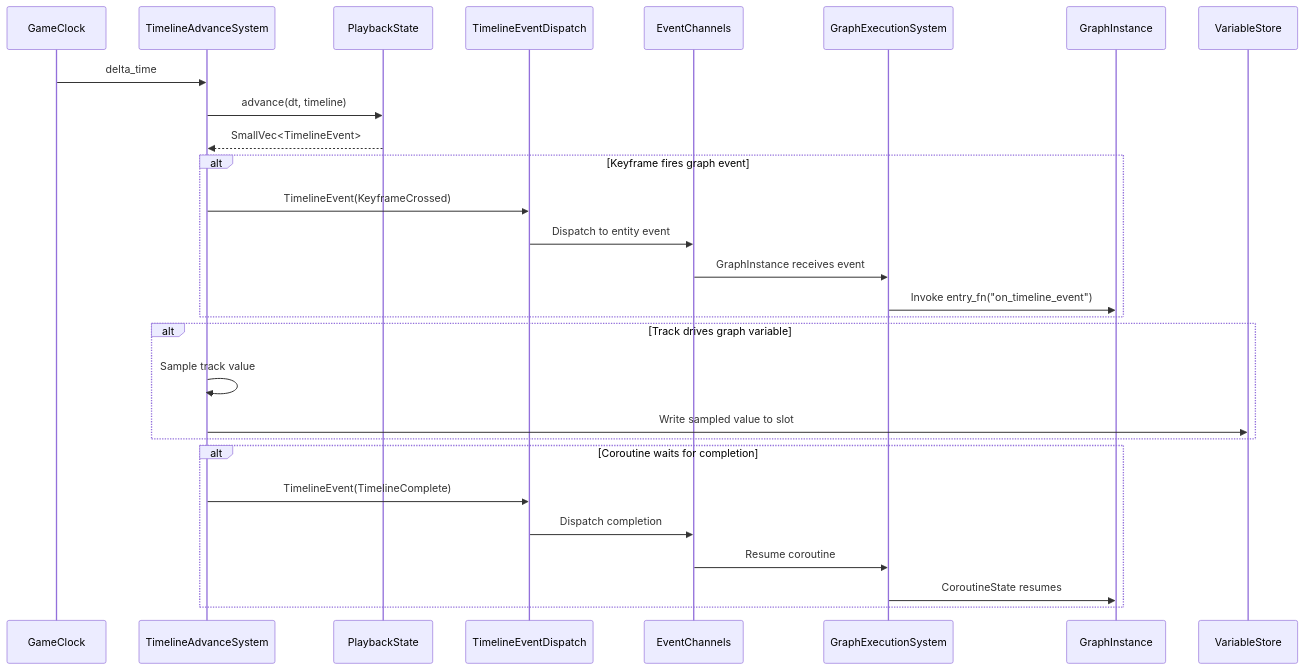
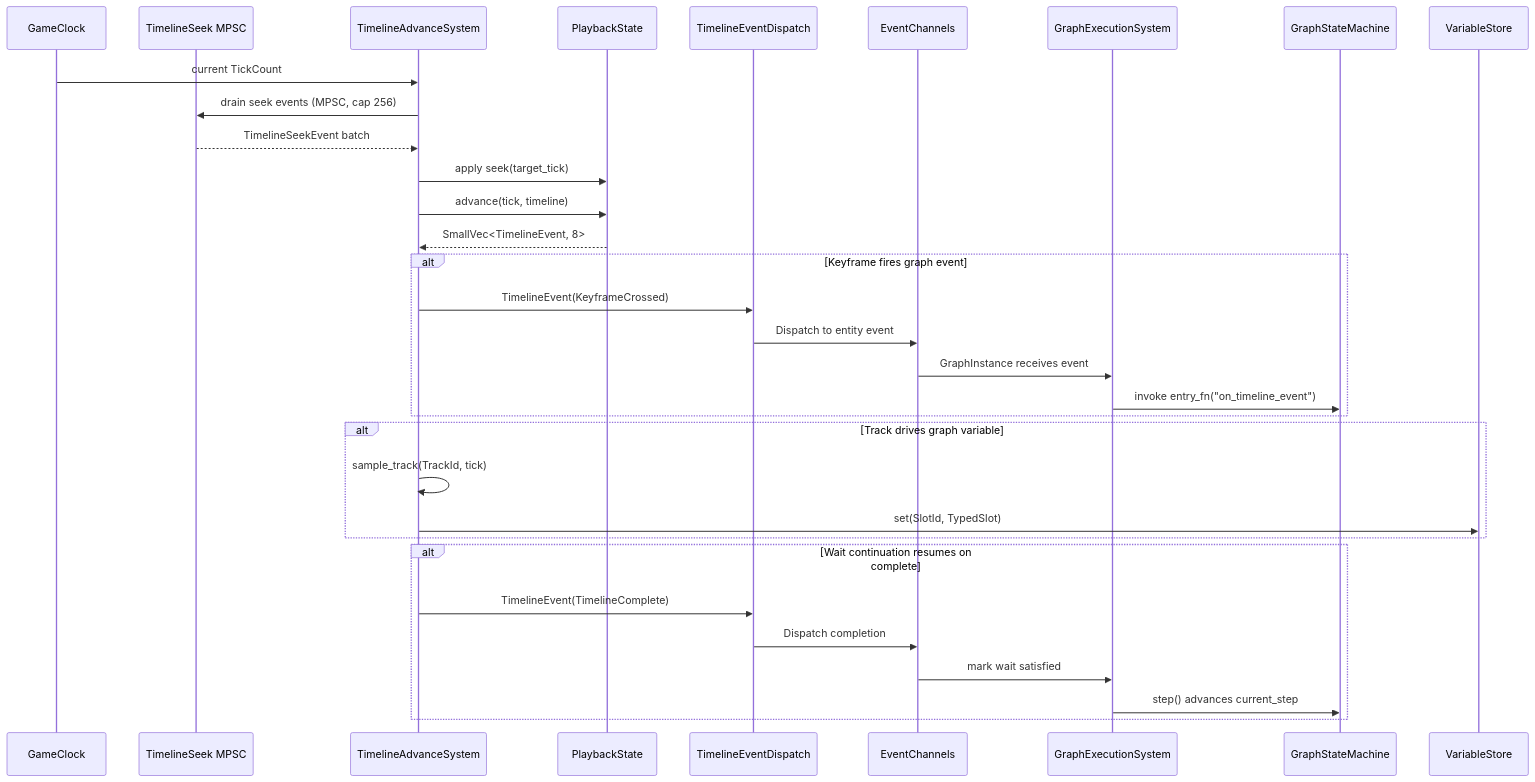
Before and after one commit to harmonius-dev/harmonius: the second of 3 diagrams in docs/design/integration/timelines-scripting.md, drawn with Mermaid. The commit also changed other lines of this file and 109 other files, not shown here.

````diff
--- a/docs/design/integration/timelines-scripting.md
+++ b/docs/design/integration/timelines-scripting.md
@@ -89,34 +340,38 @@
 ```mermaid
 sequenceDiagram
     participant CLK as GameClock
+    participant SEEK as TimelineSeek MPSC
     participant TAS as TimelineAdvanceSystem
     participant PBS as PlaybackState
     participant TED as TimelineEventDispatch
     participant EC as EventChannels
     participant GES as GraphExecutionSystem
-    participant GI as GraphInstance
+    participant GSM as GraphStateMachine
     participant VS as VariableStore
 
-    CLK->>TAS: delta_time
-    TAS->>PBS: advance(dt, timeline)
-    PBS-->>TAS: SmallVec<TimelineEvent>
+    CLK->>TAS: current TickCount
+    TAS->>SEEK: drain seek events (MPSC, cap 256)
+    SEEK-->>TAS: TimelineSeekEvent batch
+    TAS->>PBS: apply seek(target_tick)
+    TAS->>PBS: advance(tick, timeline)
+    PBS-->>TAS: SmallVec<TimelineEvent, 8>
 
     alt Keyframe fires graph event
         TAS->>TED: TimelineEvent(KeyframeCrossed)
         TED->>EC: Dispatch to entity event
         EC->>GES: GraphInstance receives event
-        GES->>GI: Invoke entry_fn("on_timeline_event")
+        GES->>GSM: invoke entry_fn("on_timeline_event")
     end
 
     alt Track drives graph variable
-        TAS->>TAS: Sample track value
-        TAS->>VS: Write sampled value to slot
+        TAS->>TAS: sample_track(TrackId, tick)
+        TAS->>VS: set(SlotId, TypedSlot)
     end
 
-    alt Coroutine waits for completion
+    alt Wait continuation resumes on complete
         TAS->>TED: TimelineEvent(TimelineComplete)
         TED->>EC: Dispatch completion
-        EC->>GES: Resume coroutine
-        GES->>GI: CoroutineState resumes
+        EC->>GES: mark wait satisfied
+        GES->>GSM: step() advances current_step
     end
 ```
````
